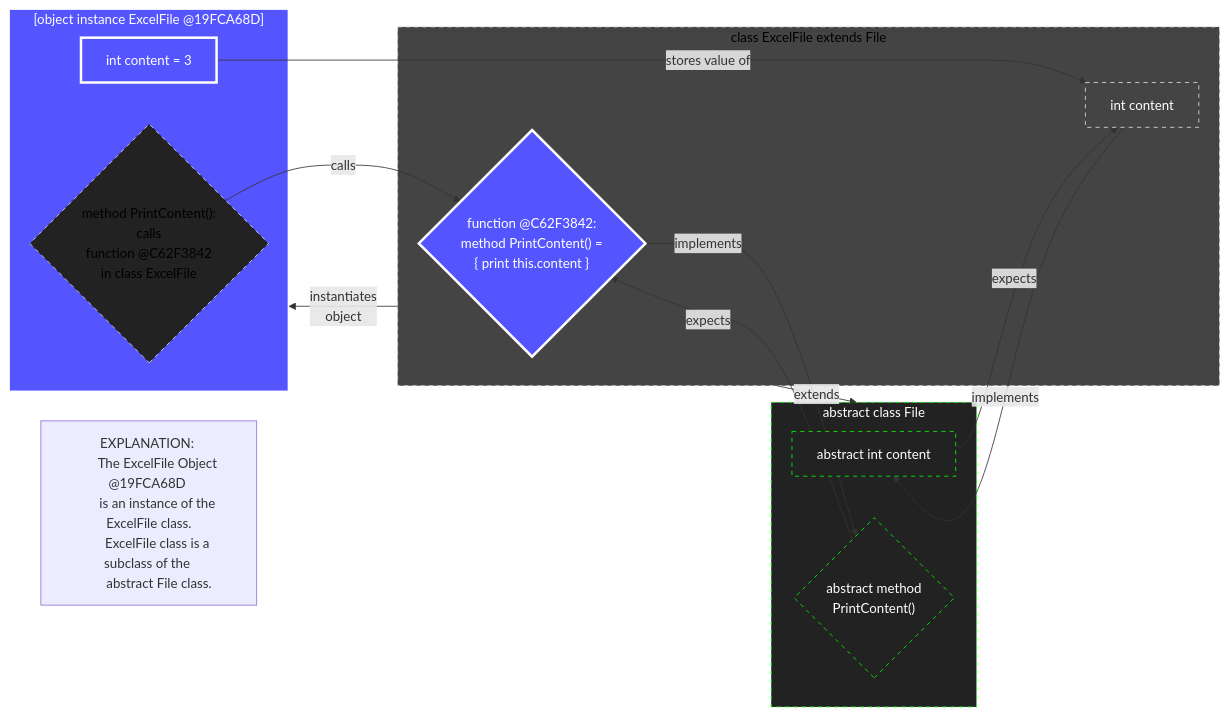
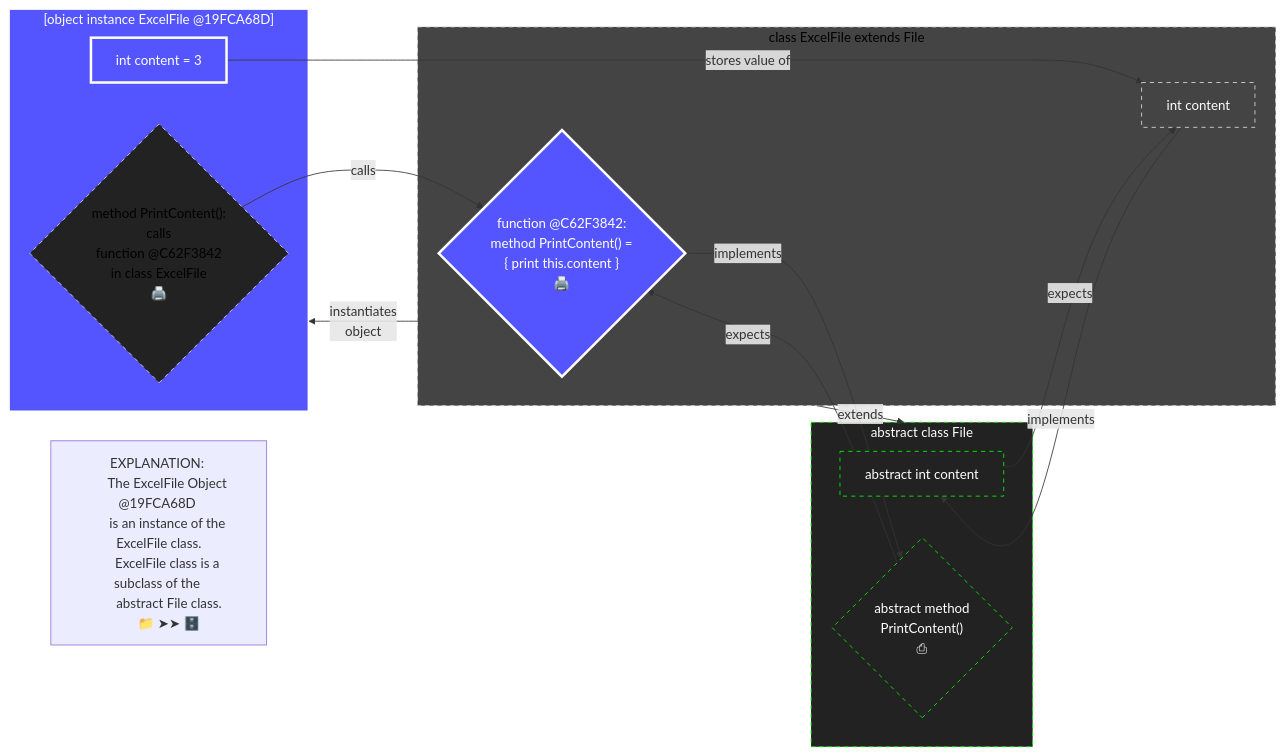
Before and after one commit to realityexpander/How_to_program_from_ground_up: the fifth of 6 diagrams in 09-ClassOrientedProgramming.md, drawn with Mermaid. The commit also changed other lines of this file, not shown here.

````diff
--- a/09-ClassOrientedProgramming.md
+++ b/09-ClassOrientedProgramming.md
@@ -613,51 +613,56 @@
   ```mermaid
     flowchart LR
   
     ExcelFileObjectPrintContentMethodFunctionPointer -- calls --> ExcelFileClassPrintContentMethod:::Object
     ExcelFileObjectAgeInt -- stores value of --> ExcelFileClassAgeInt
     subgraph ExcelFileObject["[object instance ExcelFile @19FCA68D]"]
         ExcelFileObjectAgeInt["int content = 3"]
         ExcelFileObjectPrintContentMethodFunctionPointer{"method PrintContent(): 
                                            calls 
                                      function @C62F3842
                                      in class ExcelFile
+                                     🖨️
                                      "}
     end
     subgraph classExcelFile["class ExcelFile extends File"]
         ExcelFileClassAgeInt["int content"]
         ExcelFileClassPrintContentMethod{"function @C62F3842:  
                     method PrintContent() =
-                    { print this.content }"}
+                    { print this.content }
+                    🖨️
+                    "}
     end
     abstractAgeInt -- expects --> ExcelFileClassAgeInt
     abstractPrintContentMethod -- expects --> ExcelFileClassPrintContentMethod:::Object
     ExcelFileClassAgeInt -- implements --> abstractAgeInt:::Abstract
   
     note["EXPLANATION: 
           The ExcelFile Object @19FCA68D 
           is an instance of the ExcelFile class.
           ExcelFile class is a subclass of the 
-          abstract File class."]
+          abstract File class.
+          📁 ➤➤ 🗄️"]
     
     classExcelFile -- "instantiates 
                        object" --> ExcelFileObject:::Object
     classExcelFile -- extends --> abstractFile:::Abstract
     ExcelFileClassPrintContentMethod -- implements --> abstractPrintContentMethod:::Abstract
     subgraph abstractFile["abstract class File"]
       abstractAgeInt["abstract int content"]
       abstractPrintContentMethod{"abstract method 
                                PrintContent()
+                               ⎙
                                "}
     end
   
     classDef Abstract fill:#222, stroke:#0F0, stroke-width:1px, color:#fff, stroke-dasharray: 5 5
     
     classDef Class fill:#444, stroke:#00F, stroke-width:1px, color:#000, stroke-dasharray: 5 5
     %% For nodes that are the source of a link, the style must be defined in the link, not the classDef. 
     style classExcelFile fill:#444, stroke:#DDD, stroke-width:1px, color:#000, stroke-dasharray: 5 5
     style ExcelFileClassAgeInt fill:#444, stroke:#DDD, stroke-width:1px, color:#FFF, stroke-dasharray: 5 5
     
     classDef Object fill:#55F, stroke:#FFF, stroke-width:3px, color:#fff
     style ExcelFileObjectAgeInt fill:#55F, stroke:#FFF, stroke-width:3px, color:#fff
     style ExcelFileObjectPrintContentMethodFunctionPointer fill:#222, stroke:#DDD, stroke-width:1px, color:#000, stroke-dasharray: 5 5
   ```
````
